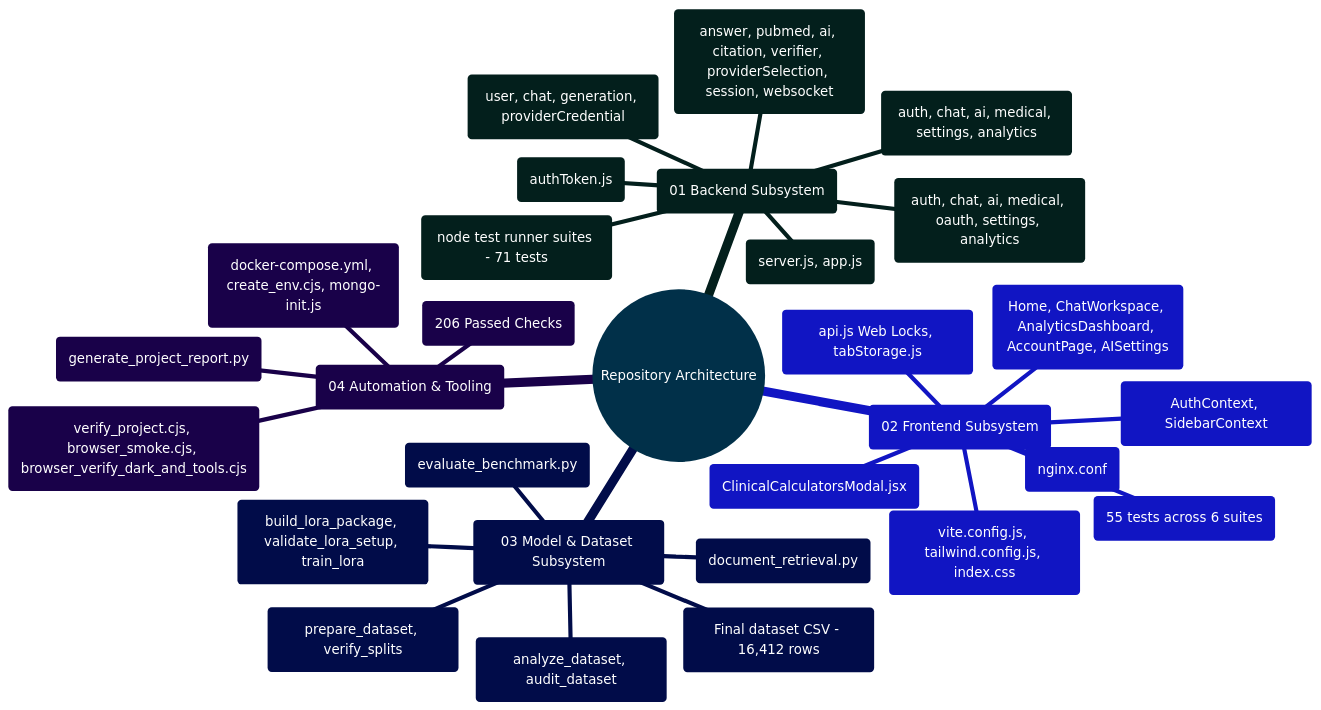
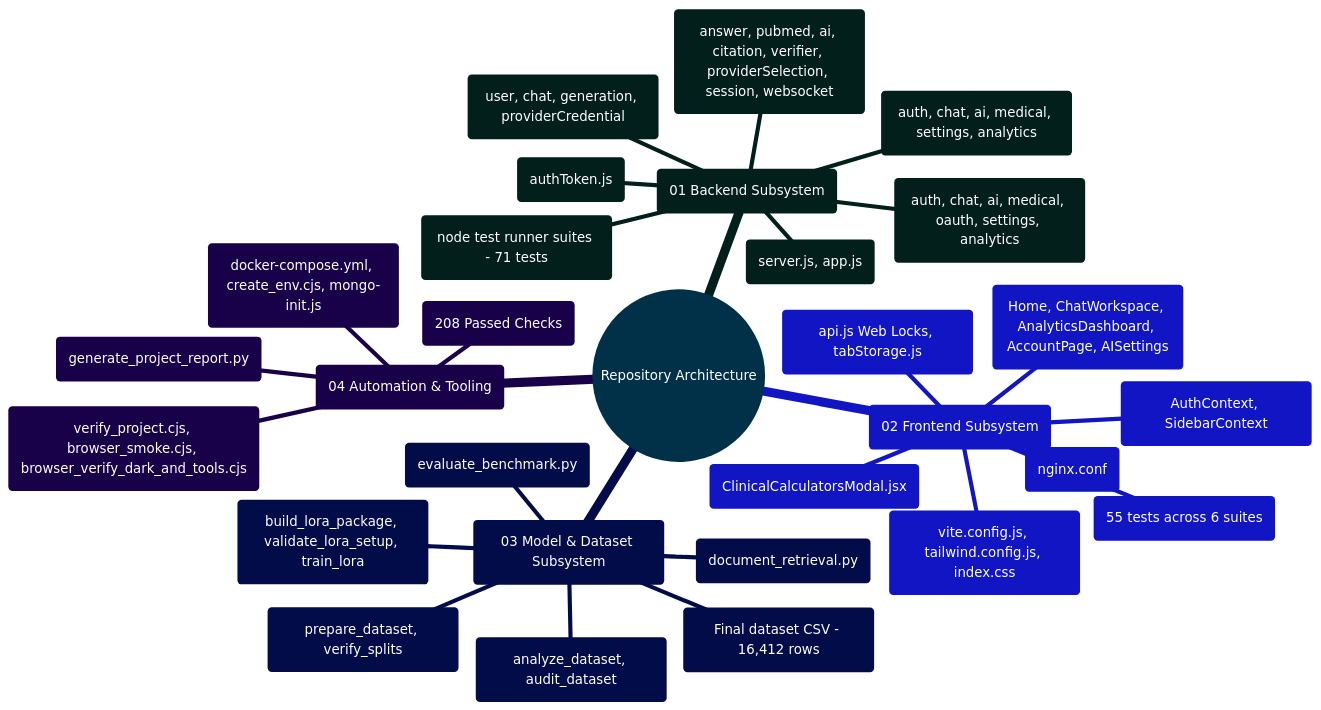
The diagram in docs/COMPLETE_FILE_DIRECTORY_REFERENCE.md (Ganesh172919/React-App-LLM), drawn with Mermaid before and after one commit. The commit also changed other lines of this file and 70 other files, not shown here.

````diff
--- a/docs/COMPLETE_FILE_DIRECTORY_REFERENCE.md
+++ b/docs/COMPLETE_FILE_DIRECTORY_REFERENCE.md
@@ -255,34 +256,34 @@
 ```mermaid
 %%{init: {'theme': 'base', 'themeVariables': { 'primaryColor': '#0284c7', 'primaryTextColor': '#ffffff', 'primaryBorderColor': '#0369a1', 'lineColor': '#0284c7', 'secondaryColor': '#0d9488', 'tertiaryColor': '#6366f1' }}}%%
 mindmap
   root((Repository Architecture))
     ::icon(fa fa-folder-open)
     (01 Backend Subsystem)
       Server & App Factory (server.js, app.js)
       Controllers (auth, chat, ai, medical, oauth, settings, analytics)
       Middleware (authToken.js)
       Mongoose Models (user, chat, generation, providerCredential)
       Routes (auth, chat, ai, medical, settings, analytics)
       Services (answer, pubmed, ai, citation, verifier, providerSelection, session, websocket)
       Automated Tests (node test runner suites - 71 tests)
     (02 Frontend Subsystem)
       Core Views (Home, ChatWorkspace, AnalyticsDashboard, AccountPage, AISettings)
       Context Providers (AuthContext, SidebarContext)
       Client Utilities (api.js Web Locks, tabStorage.js)
       18 Clinical Calculators (ClinicalCalculatorsModal.jsx)
       Vite & Tailwind (vite.config.js, tailwind.config.js, index.css)
       Nginx Configuration (nginx.conf)
       Vitest Test Suites (55 tests across 6 suites)
     (03 Model & Dataset Subsystem)
       Source Data (Final dataset CSV - 16,412 rows)
       Dataset Profilers (analyze_dataset, audit_dataset)
       Dataset Preparation (prepare_dataset, verify_splits)
       Offline Semantic Search (document_retrieval.py)
       Benchmark Analysis (evaluate_benchmark.py)
       LoRA Package (build_lora_package, validate_lora_setup, train_lora)
     (04 Automation & Tooling)
       Docker Compose & Deployment (docker-compose.yml, create_env.cjs, mongo-init.js)
       Test Automation (verify_project.cjs, browser_smoke.cjs, browser_verify_dark_and_tools.cjs)
       PDF Report Generator (generate_project_report.py)
-      Master Quality Verification (206 Passed Checks)
+      Master Quality Verification (208 Passed Checks)
 ```
````
